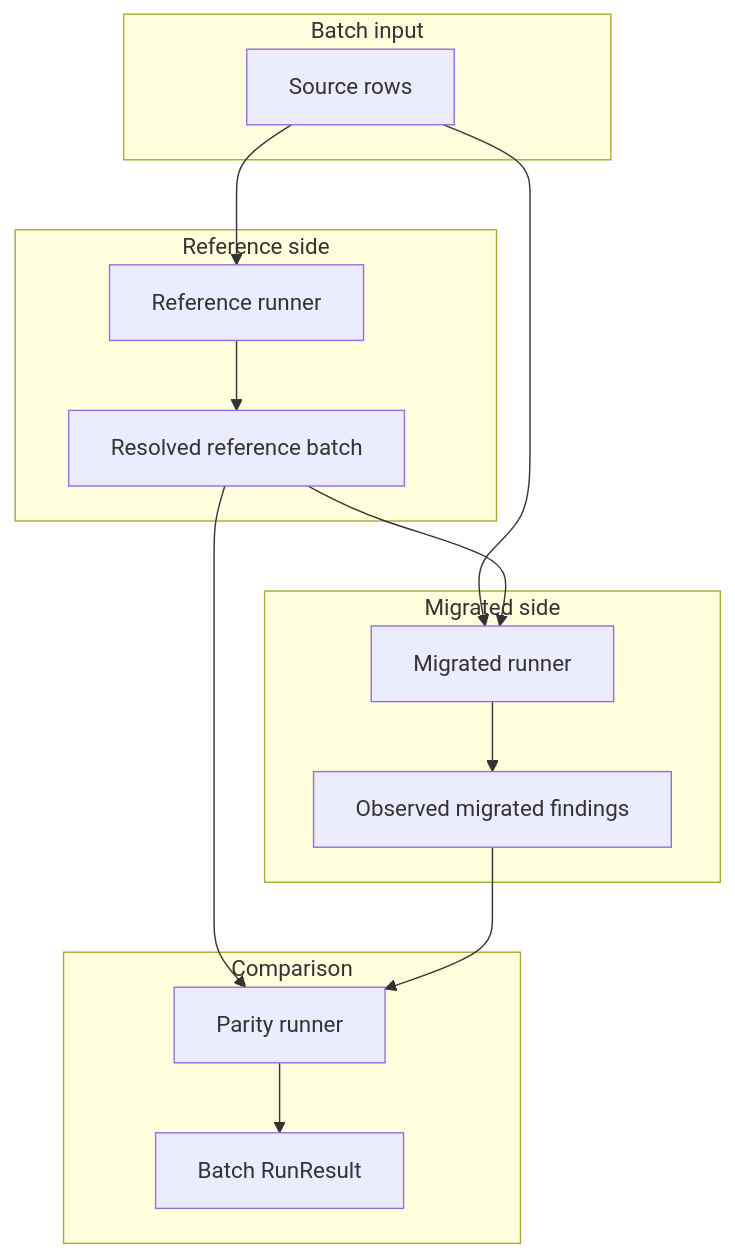
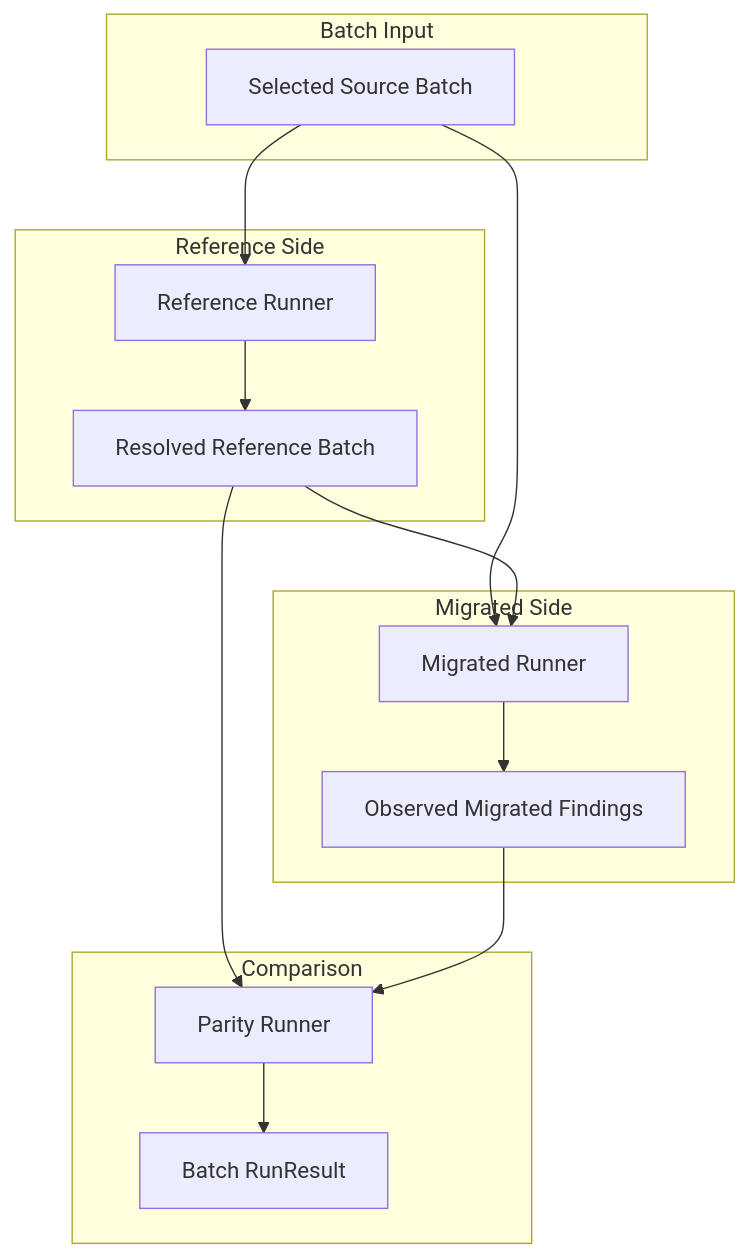
One commit to bobcorn/openfoodfacts-data-quality changed the second of 3 diagrams in docs/explanation/application-runs.md. Above: the diagram before and after it, drawn with Mermaid. The commit also changed other lines of this file and 142 other files, not shown here.

````diff
--- a/docs/explanation/application-runs.md
+++ b/docs/explanation/application-runs.md
@@ -181,30 +185,30 @@
 ```mermaid
 flowchart TB
-    subgraph SRC_BATCH["Batch input"]
-        A["Source rows"]
+    subgraph SRC_BATCH["Batch Input"]
+        A["Selected Source Batch"]
     end
 
-    subgraph REF_RUN["Reference side"]
-        B["Reference runner"]
-        C["Resolved reference batch"]
+    subgraph REF_RUN["Reference Side"]
+        B["Reference Runner"]
+        C["Resolved Reference Batch"]
         B --> C
     end
 
-    subgraph MIG_RUN["Migrated side"]
-        D["Migrated runner"]
-        E["Observed migrated findings"]
+    subgraph MIG_RUN["Migrated Side"]
+        D["Migrated Runner"]
+        E["Observed Migrated Findings"]
         D --> E
     end
 
     subgraph PAR_RUN["Comparison"]
-        F["Parity runner"]
+        F["Parity Runner"]
         G["Batch RunResult"]
         F --> G
     end
 
     A --> B
     A --> D
     C --> D
     C --> F
     E --> F
 ```
````
